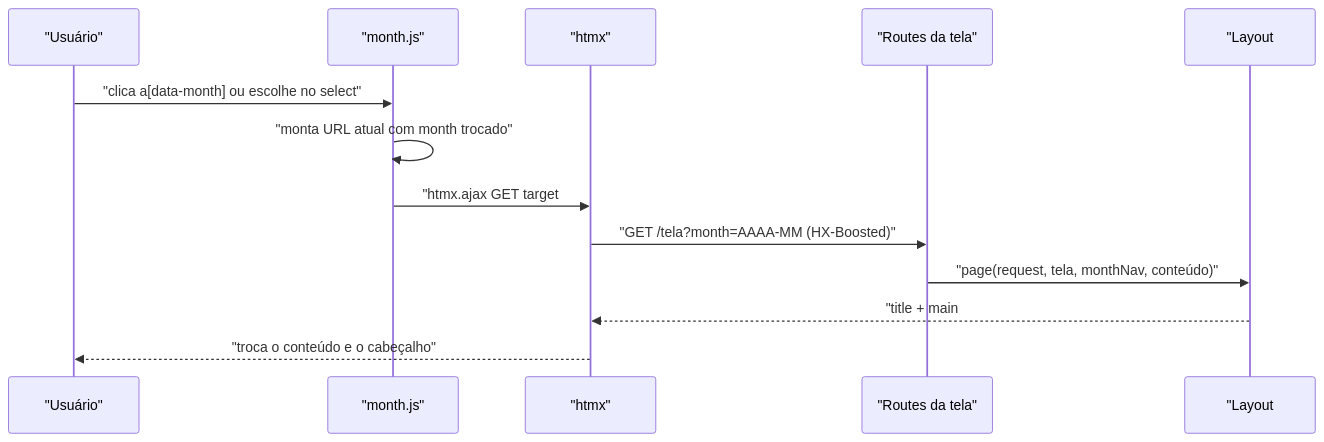
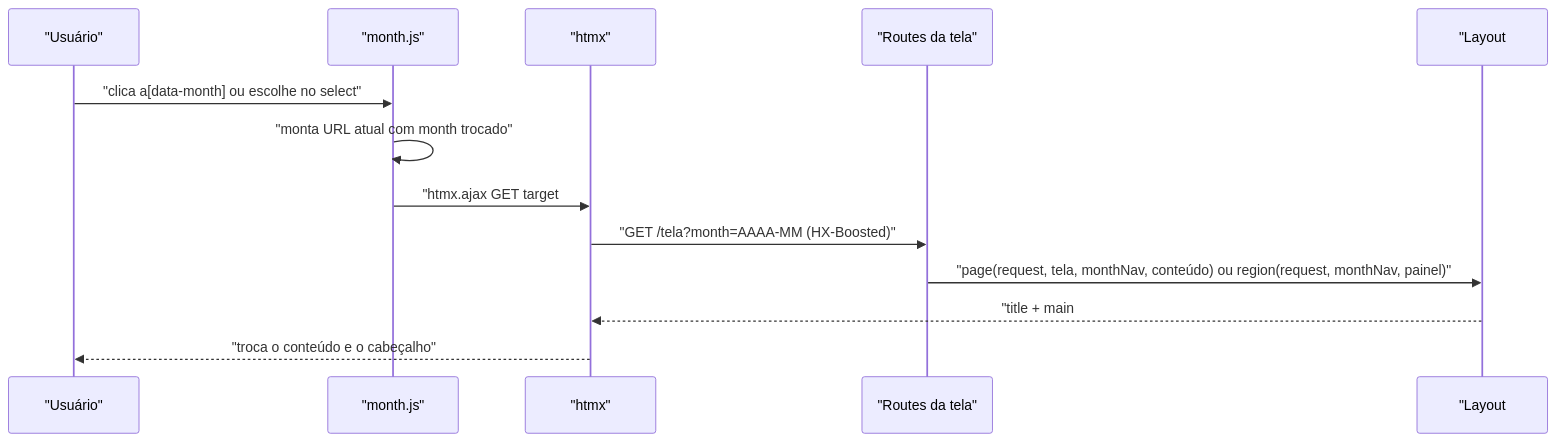
Before and after one commit to bkaraujo/br-commons: the seventh of 8 diagrams in src/main/java/br/bundled/money/ARCHITECTURE.md, drawn with Mermaid. The commit also changed other lines of this file and 26 other files, not shown here.

````diff
--- a/src/main/java/br/bundled/money/ARCHITECTURE.md
+++ b/src/main/java/br/bundled/money/ARCHITECTURE.md
@@ -455,16 +463,16 @@
 ```mermaid
 sequenceDiagram
     participant U as "Usuário"
     participant M as "month.js"
     participant H as "htmx"
     participant R as "Routes da tela"
     participant L as "Layout#page"
 
     U->>M: "clica a[data-month] ou escolhe no select"
     M->>M: "monta URL atual com month trocado"
     M->>H: "htmx.ajax GET target #content outerHTML"
     H->>R: "GET /tela?month=AAAA-MM (HX-Boosted)"
-    R->>L: "page(request, tela, monthNav, conteúdo)"
-    L-->>H: "title + main#content + menu oob + month-slot oob"
+    R->>L: "page(request, tela, monthNav, conteúdo) ou region(request, monthNav, painel)"
+    L-->>H: "title + main#content (ou só o painel) + month-slot oob"
     H-->>U: "troca o conteúdo e o cabeçalho"
 ```
````
